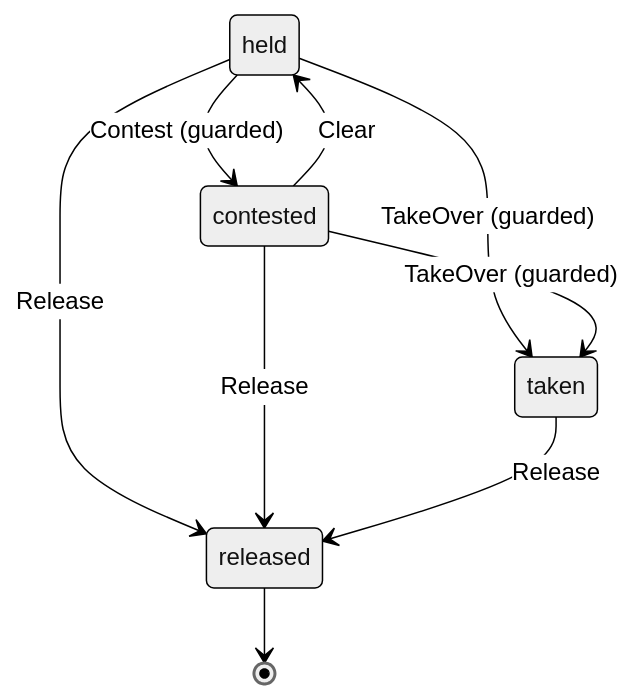
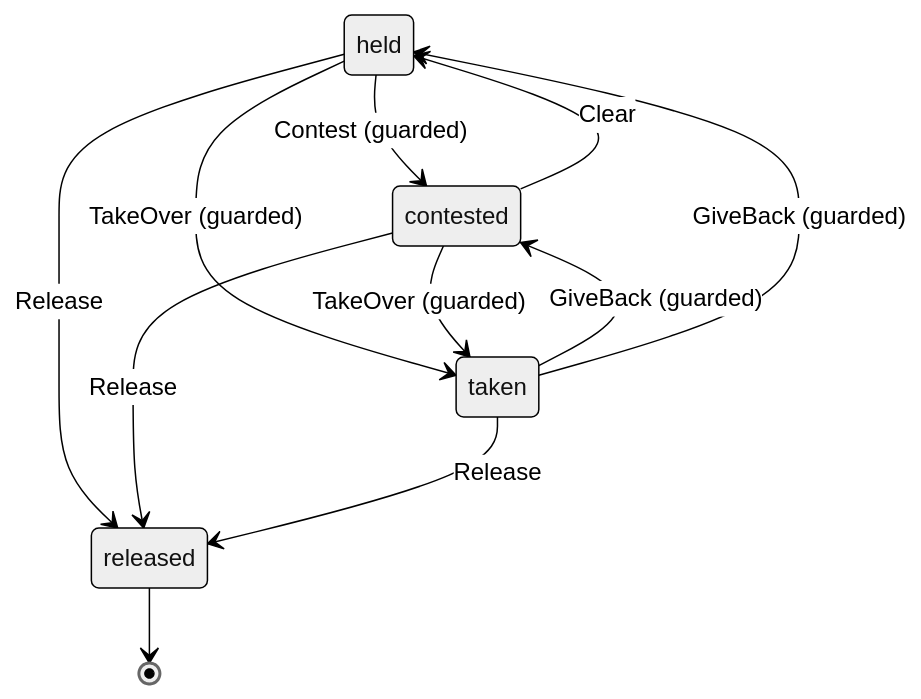
Before and after one commit to otaviobarros/hobbots: the diagram in docs/architecture/machines/claim.md, drawn with Mermaid (neutral theme). The commit also changed other lines of this file and 31 other files, not shown here.

Commit message:
feat(agents): give back a Task's files and branches you took over (#1552)

````diff
--- a/docs/architecture/machines/claim.md
+++ b/docs/architecture/machines/claim.md
@@ -14,11 +14,13 @@
 ```mermaid
 stateDiagram-v2
   held --> contested: Contest (guarded)
   contested --> held: Clear
   held --> taken: TakeOver (guarded)
   contested --> taken: TakeOver (guarded)
+  taken --> contested: GiveBack (guarded)
+  taken --> held: GiveBack (guarded)
   held --> released: Release
   contested --> released: Release
   taken --> released: Release
   released --> [*]
 ```
````
